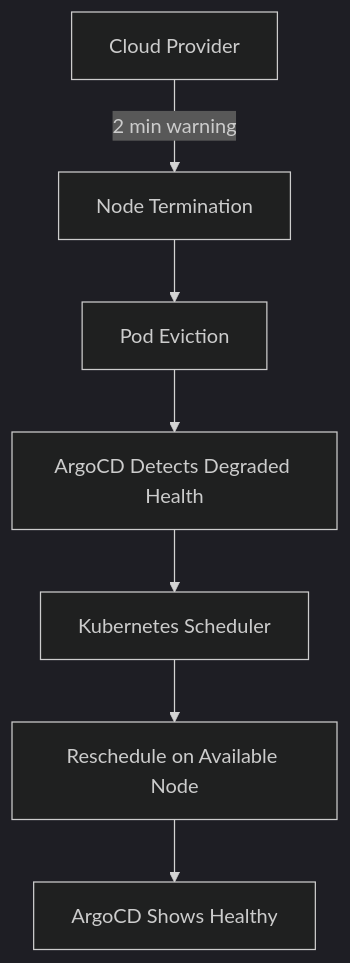
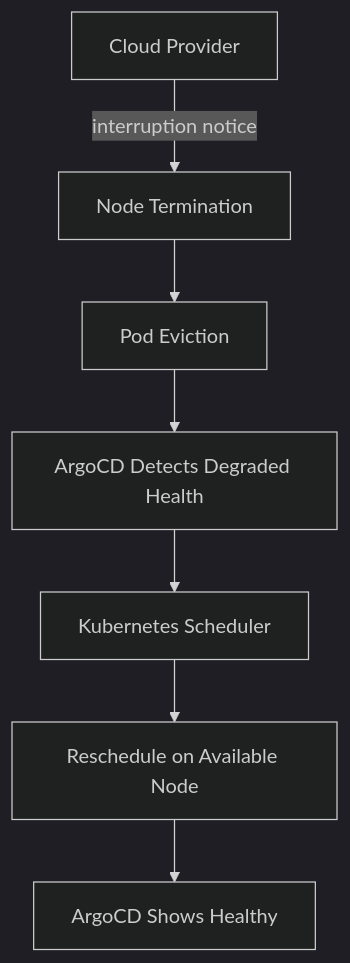
One commit to OneUptime/blog changed the diagram in posts/2026-02-26-argocd-optimize-spot-instance-nodes/README.md. Above: the diagram before and after it, drawn with Mermaid (dark theme). The commit also changed other lines of this file and 2 other files, not shown here.

````diff
--- a/posts/2026-02-26-argocd-optimize-spot-instance-nodes/README.md
+++ b/posts/2026-02-26-argocd-optimize-spot-instance-nodes/README.md
@@ -19,9 +19,9 @@
 ```mermaid
 flowchart TD
-    A[Cloud Provider] -->|2 min warning| B[Node Termination]
+    A[Cloud Provider] -->|interruption notice| B[Node Termination]
     B --> C[Pod Eviction]
     C --> D[ArgoCD Detects Degraded Health]
     D --> E[Kubernetes Scheduler]
     E --> F[Reschedule on Available Node]
     F --> G[ArgoCD Shows Healthy]
 ```
````
